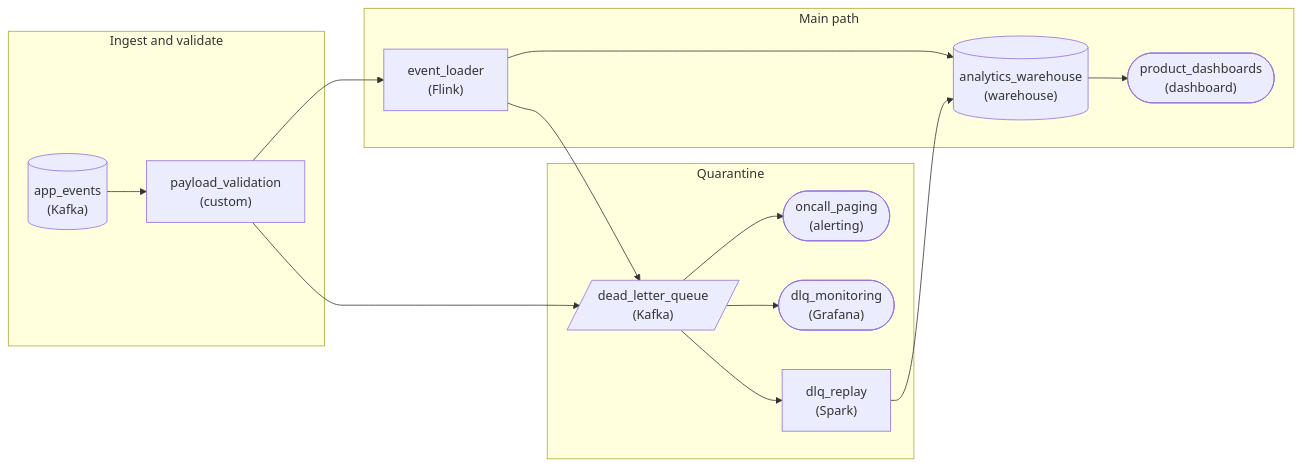
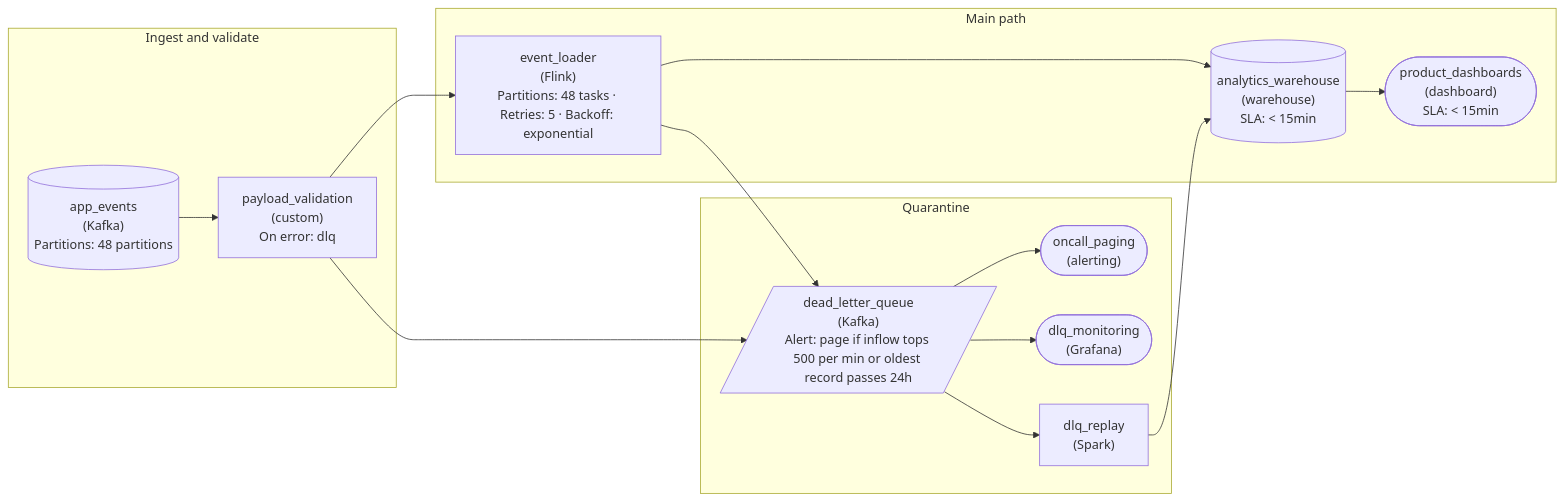
The first of 2 diagrams in lesson_preview/interview/architecture/pa_pattern_dead_letter_queue.md (Dulain-Willis/study-helper), drawn with Mermaid before and after one commit. The commit also changed other lines of this file and 26 other files, not shown here.

First line of the commit message:
Mermaid diagrams: show tags and extra values inside each node (#43)

````diff
--- a/lesson_preview/interview/architecture/pa_pattern_dead_letter_queue.md
+++ b/lesson_preview/interview/architecture/pa_pattern_dead_letter_queue.md
@@ -444,28 +444,28 @@
 ```mermaid
 flowchart LR
     subgraph L0["Ingest and validate"]
-        n0[("app_events<br/>(Kafka)")]
-        n1["payload_validation<br/>(custom)"]
+        n0[("app_events<br/>(Kafka)<br/>Partitions: 48 partitions")]
+        n1["payload_validation<br/>(custom)<br/>On error: dlq"]
     end
     subgraph L1["Main path"]
-        n2["event_loader<br/>(Flink)"]
-        n3[("analytics_warehouse<br/>(warehouse)")]
-        n4(["product_dashboards<br/>(dashboard)"])
+        n2["event_loader<br/>(Flink)<br/>Partitions: 48 tasks · Retries: 5 · Backoff: exponential"]
+        n3[("analytics_warehouse<br/>(warehouse)<br/>SLA: #60; 15min")]
+        n4(["product_dashboards<br/>(dashboard)<br/>SLA: #60; 15min"])
     end
     subgraph L2["Quarantine"]
-        n5[/"dead_letter_queue<br/>(Kafka)"/]
+        n5[/"dead_letter_queue<br/>(Kafka)<br/>Alert: page if inflow tops 500 per min or oldest record passes 24h"/]
         n6(["oncall_paging<br/>(alerting)"])
         n7(["dlq_monitoring<br/>(Grafana)"])
         n8["dlq_replay<br/>(Spark)"]
     end
     n0 --> n1
     n1 --> n2
     n1 --> n5
     n2 --> n3
     n2 --> n5
     n3 --> n4
     n5 --> n6
     n5 --> n7
     n5 --> n8
     n8 --> n3
 ```
````
